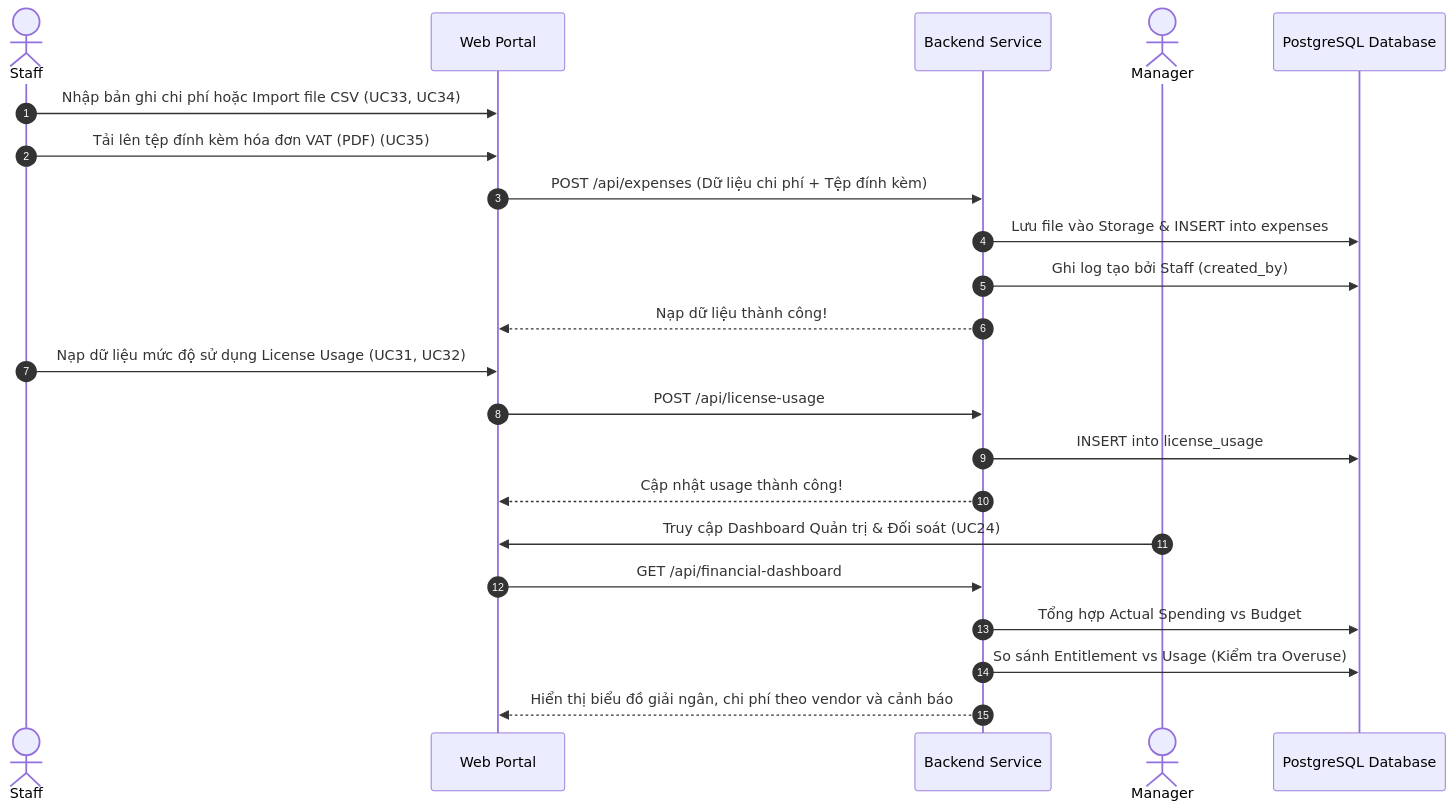
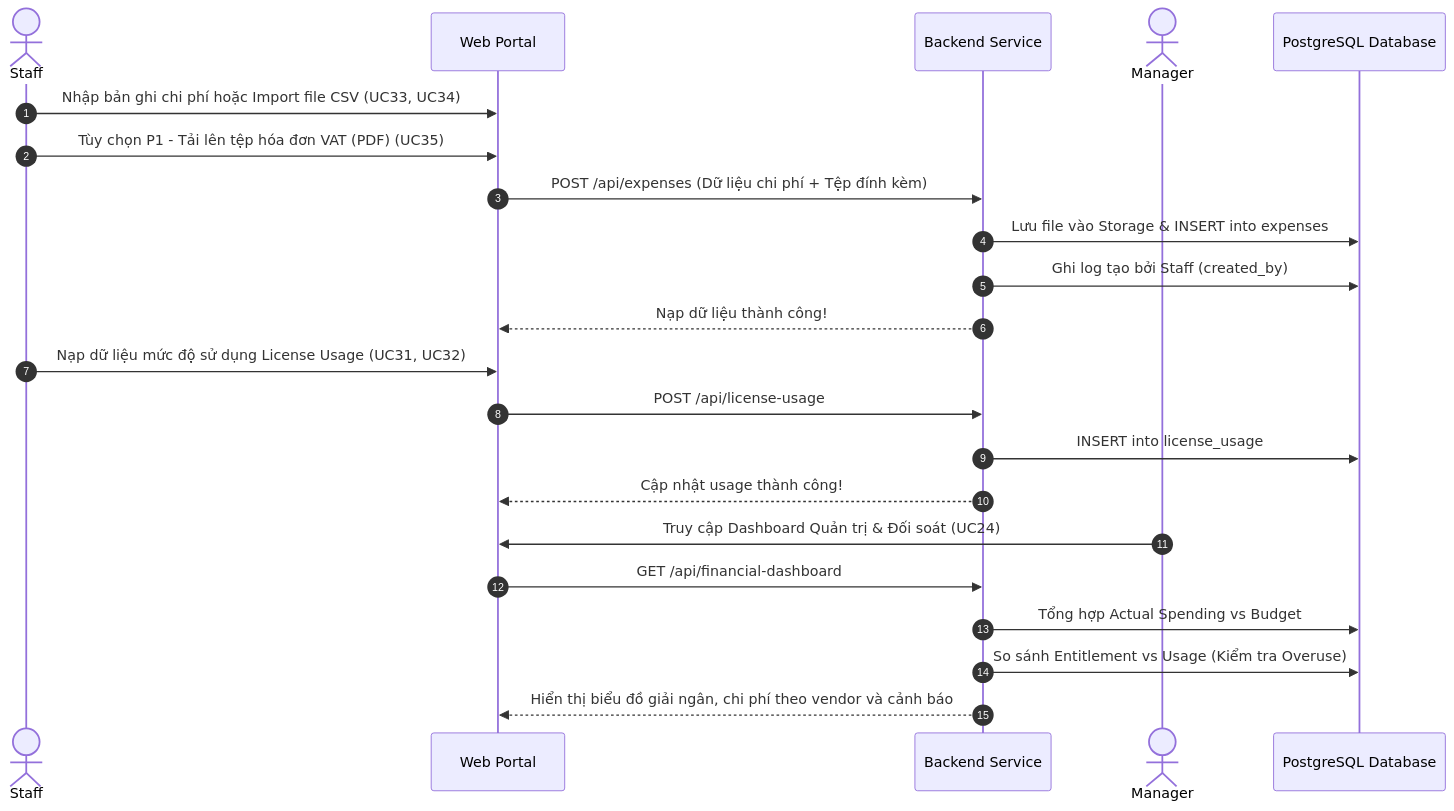
One commit to cuonglpv/VFast changed the third of 3 diagrams in docs/02-use-cases.md. Above: the diagram before and after it, drawn with Mermaid. The commit also changed other lines of this file and 3 other files, not shown here.

````diff
--- a/docs/02-use-cases.md
+++ b/docs/02-use-cases.md
@@ -188,27 +192,27 @@
 ```mermaid
 sequenceDiagram
     autonumber
     actor Stf as Staff
     participant UI as Web Portal
     participant API as Backend Service
     actor Mgr as Manager
     participant DB as PostgreSQL Database
 
     Stf->>UI: Nhập bản ghi chi phí hoặc Import file CSV (UC33, UC34)
-    Stf->>UI: Tải lên tệp đính kèm hóa đơn VAT (PDF) (UC35)
+    Stf->>UI: Tùy chọn P1 - Tải lên tệp hóa đơn VAT (PDF) (UC35)
     UI->>API: POST /api/expenses (Dữ liệu chi phí + Tệp đính kèm)
     API->>DB: Lưu file vào Storage & INSERT into expenses
     API->>DB: Ghi log tạo bởi Staff (created_by)
     API-->>UI: Nạp dữ liệu thành công!
 
     Stf->>UI: Nạp dữ liệu mức độ sử dụng License Usage (UC31, UC32)
     UI->>API: POST /api/license-usage
     API->>DB: INSERT into license_usage
     API-->>UI: Cập nhật usage thành công!
 
     Mgr->>UI: Truy cập Dashboard Quản trị & Đối soát (UC24)
     UI->>API: GET /api/financial-dashboard
     API->>DB: Tổng hợp Actual Spending vs Budget
     API->>DB: So sánh Entitlement vs Usage (Kiểm tra Overuse)
     API-->>UI: Hiển thị biểu đồ giải ngân, chi phí theo vendor và cảnh báo
 ```
````
